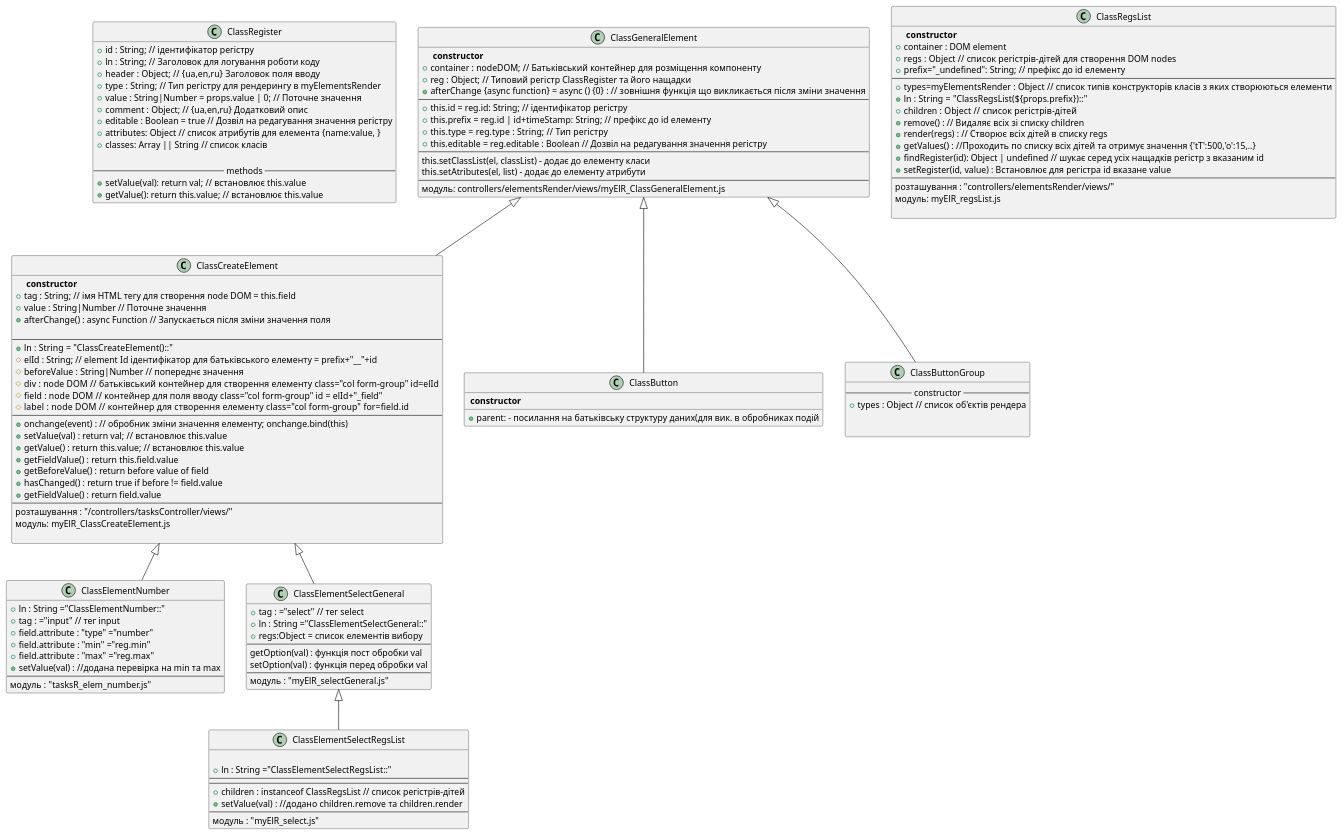
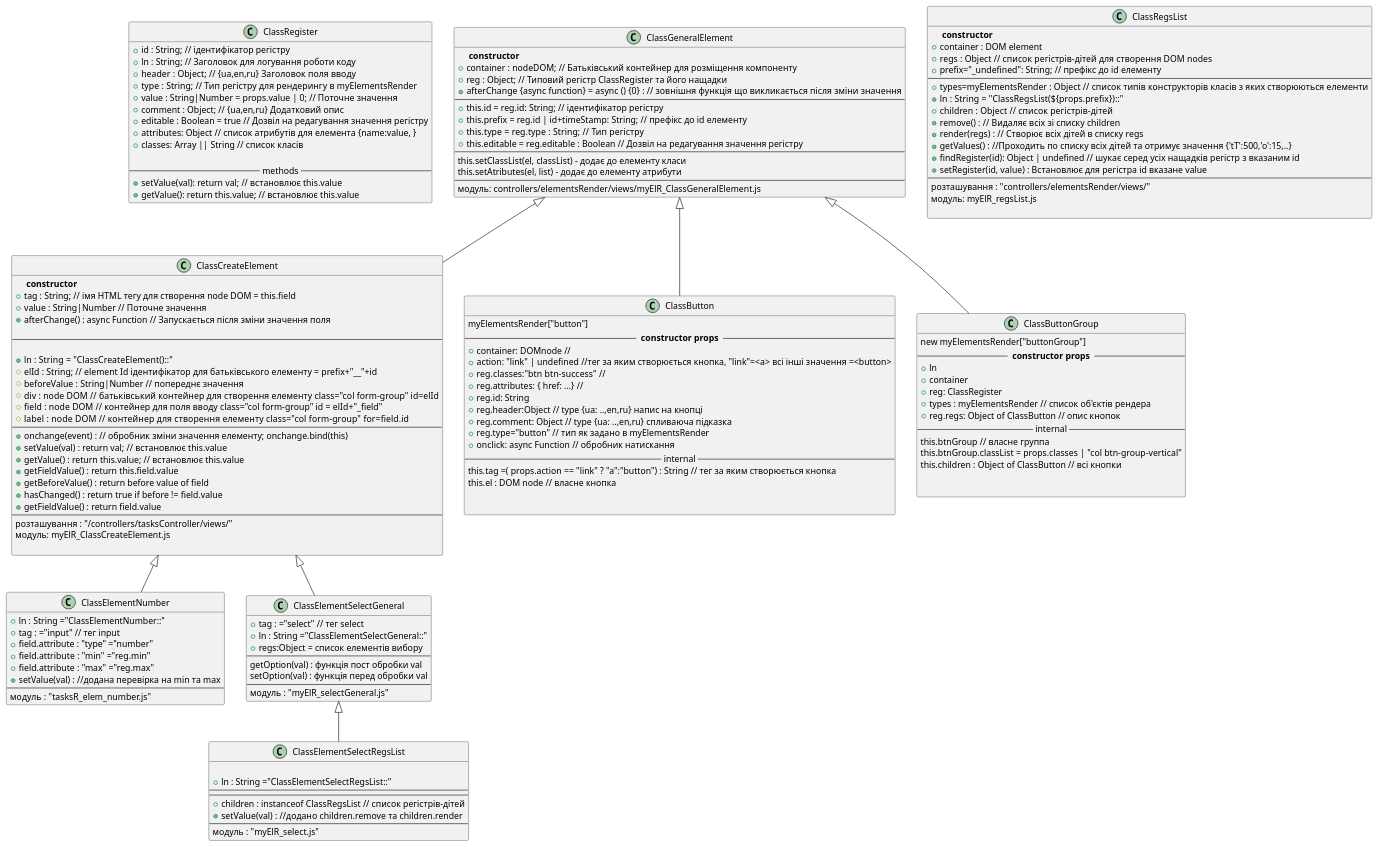
One commit to YVitalii/ASUTP2021 changed the diagram in controllers/elementsRender/ElementsDiagram.puml. Above: the diagram before and after it, drawn with PlantUML. The commit also changed 55 other files, not shown here.

```diff
--- a/controllers/elementsRender/ElementsDiagram.puml
+++ b/controllers/elementsRender/ElementsDiagram.puml
@@ -1,142 +1,165 @@
 @startuml DOM_elements
 
 class "ClassRegister" as register { 
     +id : String; // ідентифікатор регістру
     +ln : String; // Заголовок для логування роботи коду
     +header : Object; // {ua,en,ru}  Заголовок поля вводу
     +type :  String; // Тип регістру для рендерингу в myElementsRender
     +value : String|Number = props.value | 0; // Поточне значення
     +comment : Object; // {ua,en,ru} Додатковий опис
     +editable : Boolean = true // Дозвіл на редагування значення регістру
 	+attributes: Object // список атрибутів для елемента {name:value, }
 	+classes: Array || String // список класів 
 	
 	---- methods ----
     +setValue(val): return val; // встановлює this.value
     +getValue(): return this.value; // встановлює this.value
 }
 
 
 
 
 class ClassGeneralElement {
     ** constructor **
 	+container : nodeDOM; // Батьківський контейнер для розміщення компоненту
 	+reg : Object; // Типовий регістр ClassRegister та його нащадки
 	+afterChange {async function} = async () {0} :  // зовнішня функція що викликається після зміни значення
 	---
     +this.id = reg.id: String; // ідентифікатор регістру 
     +this.prefix = reg.id | id+timeStamp: String; // префікс до id елементу 
 	+this.type = reg.type :  String; // Тип регістру
 	+this.editable = reg.editable : Boolean // Дозвіл на редагування значення регістру
 	---
 	this.setClassList(el, classList) - додає до елементу класи
 	this.setAtributes(el, list) - додає до елементу атрибути 
 	---
 	модуль: controllers/elementsRender/views/myElR_ClassGeneralElement.js
 }
 
 
 
- ClassGeneralElement <|-- ClassCreateElement
+ClassGeneralElement <|-- ClassCreateElement
  
 class ClassCreateElement {
     ** constructor **
     +tag : String; // імя HTML тегу для створення node DOM = this.field
 	+value : String|Number // Поточне значення
 	+afterChange() : async Function // Запускається після зміни значення поля
 	
 	---
+	
 	+ln : String  = "ClassCreateElement()::"
     #elId : String; // element Id ідентифікатор для батьківського елементу = prefix+"__"+id
     #beforeValue : String|Number // попереднє значення
     #div : node DOM   // батьківський контейнер для створення елементу class="col form-group" id=elId
     #field : node DOM  // контейнер для поля вводу class="col form-group" id = elId+"_field"
     #label : node DOM   // контейнер для створення елементу   class="col form-group" for=field.id
     ---
     +onchange(event) : // обробник зміни значення елементу; onchange.bind(this)
     +setValue(val) : return val; // встановлює this.value
     +getValue() : return this.value; // встановлює this.value
     +getFieldValue() : return this.field.value
 	+getBeforeValue() : return before value of field
 	+hasChanged() : return true if before != field.value
 	+getFieldValue() : return field.value
     ---
     розташування : "/controllers/tasksController/views/"
     модуль: myElR_ClassCreateElement.js 
     
 }
 
 class ClassButton {
-	** constructor **
-	+ parent: - посилання на батьківську структуру даних(для вик. в обробниках подій
+	myElementsRender["button"]
+	---- ** constructor props ** ----
+	+container: DOMnode //
+	+action: "link" | undefined //тег за яким створюється кнопка, "link"=<a> всі інші значення =<button>  
+	+reg.classes:"btn btn-success"  // 
+	+reg.attributes: { href: ...} //
+	+reg.id: String
+	+reg.header:Object // type {ua: ..,en,ru} напис на кнопці
+	+reg.comment: Object // type {ua: ..,en,ru} спливаюча підказка
+	+reg.type="button" // тип як задано в myElementsRender
+	+onclick: async Function // обробник натискання
+	---- internal ----
+	this.tag =( props.action == "link" ? "a":"button") : String // тег за яким створюється кнопка
+	this.el : DOM node // власне кнопка 
+	
 	
 }
 ClassGeneralElement <|-- ClassButton
 
 class ClassButtonGroup {
----- constructor ----
-+types : Object // список об'єктів рендера
-
+new myElementsRender["buttonGroup"]
+---- ** constructor props ** ----
++ln 
++container 
++reg: ClassRegister
++types : myElementsRender // список об'єктів рендера
++reg.regs: Object of ClassButton // опис кнопок
+---- internal ----
+this.btnGroup // власне группа
+this.btnGroup.classList = props.classes | "col btn-group-vertical"
+this.children : Object of ClassButton // всі кнопки
+ 
 
 }
 ClassGeneralElement <|-- ClassButtonGroup
 
 class ClassElementNumber {
     +ln : String ="ClassElementNumber::"
     +tag : ="input" // тег input
     +field.attribute : "type" ="number"
     +field.attribute : "min" ="reg.min"
     +field.attribute : "max" ="reg.max"
     +setValue(val) : //додана перевірка на min та max
     ---
     модуль : "tasksR_elem_number.js" 
 }
 ClassCreateElement <|-- ClassElementNumber
 
 class ClassElementSelectGeneral {
     +tag : ="select" // тег select
     +ln : String ="ClassElementSelectGeneral::"
     +regs:Object = список елементів вибору
     ---
 	getOption(val) : функція пост обробки val
 	setOption(val) : функція перед обробки val
 	---
     модуль : "myElR_selectGeneral.js" 
 }
 ClassCreateElement <|-- ClassElementSelectGeneral
 
 class ClassElementSelectRegsList {
     
     +ln : String ="ClassElementSelectRegsList::"
 	---
 	---
     +children : instanceof ClassRegsList // список регістрів-дітей 
     +setValue(val) : //додано children.remove та children.render
     ---
     модуль : "myElR_select.js" 
 }
 ClassElementSelectGeneral <|-- ClassElementSelectRegsList
 
 
 class ClassRegsList {   
     ** constructor **
     +container : DOM element
     +regs  : Object // список регістрів-дітей для створення DOM nodes
     +prefix="_undefined": String; // префікс до id елементу 
 	---
 	+types=myElementsRender : Object // список типів конструкторів класів  з яких створюються елементи 
 	+ln : String  = "ClassRegsList(${props.prefix})::"
     +children :  Object // список регістрів-дітей
     +remove() : // Видаляє всіх зі списку children
     +render(regs) : // Створює всіх дітей в списку regs
     +getValues() : //Проходить по списку всіх дітей та отримує значення {'tT':500,'o':15,..}
     +findRegister(id): Object | undefined // шукає серед усіх нащадків регістр з вказаним id
     +setRegister(id, value) : Встановлює для регістра id вказане value 
     ---
     розташування : "controllers/elementsRender/views/"
     модуль: myElR_regsList.js
     
 }
 
 @enduml
```
